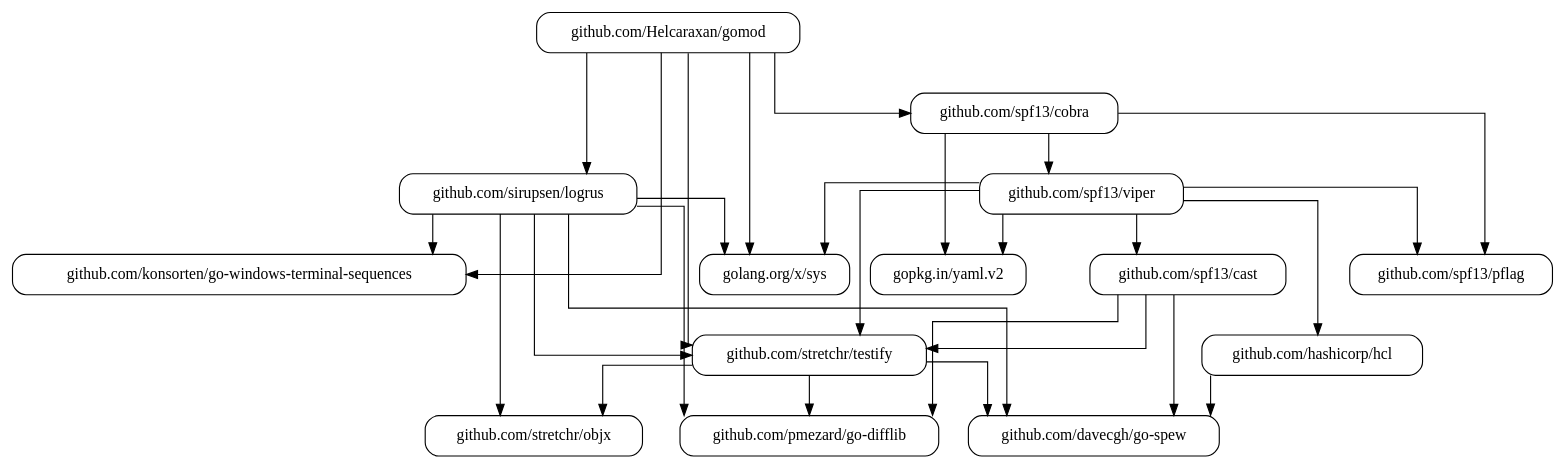
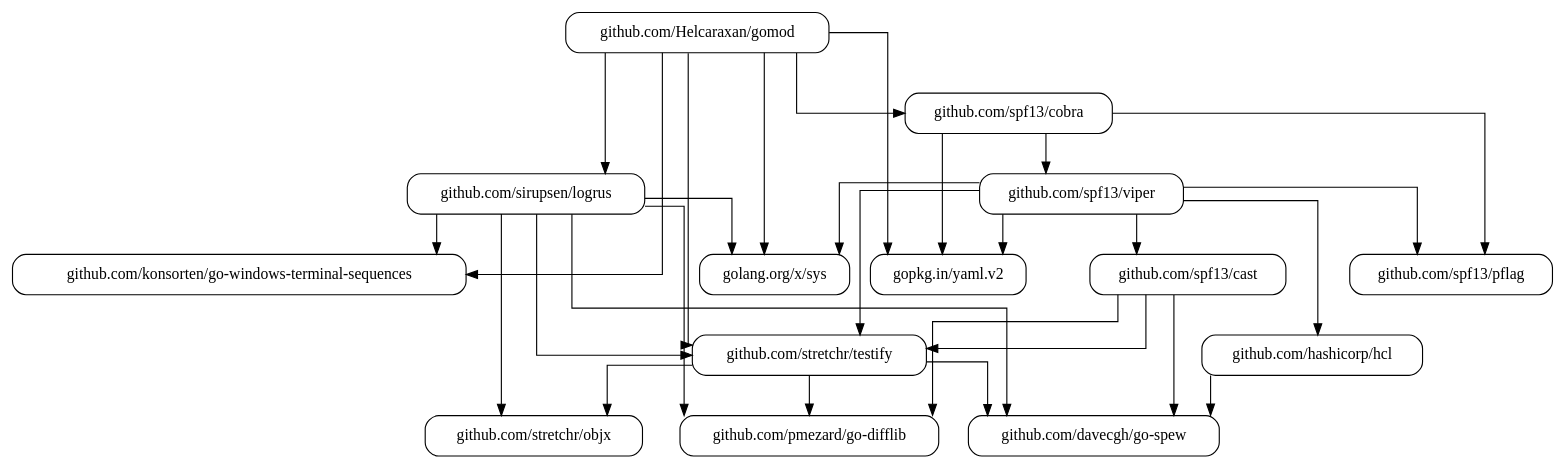
One commit to Helcaraxan/gomod changed the diagram in images/shared-dependencies.dot. Above: the diagram before and after it, drawn with Graphviz. The commit also changed 20 other files, not shown here.

```diff
--- a/images/shared-dependencies.dot
+++ b/images/shared-dependencies.dot
@@ -1,46 +1,47 @@
 strict digraph {
   node [shape=box,style=rounded]
   start=0
   splines=ortho
   "github.com/Helcaraxan/gomod"
   "github.com/stretchr/testify"
   "golang.org/x/sys"
   "github.com/konsorten/go-windows-terminal-sequences"
+  "gopkg.in/yaml.v2"
   "github.com/sirupsen/logrus"
   "github.com/spf13/cobra"
   "github.com/davecgh/go-spew"
   "github.com/pmezard/go-difflib"
   "github.com/stretchr/objx"
   "github.com/spf13/pflag"
-  "gopkg.in/yaml.v2"
   "github.com/spf13/viper"
   "github.com/hashicorp/hcl"
   "github.com/spf13/cast"
   "github.com/Helcaraxan/gomod" -> "github.com/konsorten/go-windows-terminal-sequences" [minlen=2]
   "github.com/Helcaraxan/gomod" -> "github.com/sirupsen/logrus"
   "github.com/Helcaraxan/gomod" -> "github.com/spf13/cobra"
   "github.com/Helcaraxan/gomod" -> "github.com/stretchr/testify" [minlen=3]
   "github.com/Helcaraxan/gomod" -> "golang.org/x/sys" [minlen=3]
+  "github.com/Helcaraxan/gomod" -> "gopkg.in/yaml.v2" [minlen=3]
   "github.com/hashicorp/hcl" -> "github.com/davecgh/go-spew"
   "github.com/sirupsen/logrus" -> "github.com/davecgh/go-spew" [minlen=2]
   "github.com/sirupsen/logrus" -> "github.com/konsorten/go-windows-terminal-sequences"
   "github.com/sirupsen/logrus" -> "github.com/pmezard/go-difflib" [minlen=2]
   "github.com/sirupsen/logrus" -> "github.com/stretchr/objx" [minlen=2]
   "github.com/sirupsen/logrus" -> "github.com/stretchr/testify"
   "github.com/sirupsen/logrus" -> "golang.org/x/sys"
   "github.com/spf13/cast" -> "github.com/davecgh/go-spew" [minlen=2]
   "github.com/spf13/cast" -> "github.com/pmezard/go-difflib" [minlen=2]
   "github.com/spf13/cast" -> "github.com/stretchr/testify"
   "github.com/spf13/cobra" -> "github.com/spf13/pflag" [minlen=2]
   "github.com/spf13/cobra" -> "github.com/spf13/viper"
   "github.com/spf13/cobra" -> "gopkg.in/yaml.v2" [minlen=2]
   "github.com/spf13/viper" -> "github.com/hashicorp/hcl"
   "github.com/spf13/viper" -> "github.com/spf13/cast"
   "github.com/spf13/viper" -> "github.com/spf13/pflag"
   "github.com/spf13/viper" -> "github.com/stretchr/testify" [minlen=2]
   "github.com/spf13/viper" -> "golang.org/x/sys"
   "github.com/spf13/viper" -> "gopkg.in/yaml.v2"
   "github.com/stretchr/testify" -> "github.com/davecgh/go-spew"
   "github.com/stretchr/testify" -> "github.com/pmezard/go-difflib"
   "github.com/stretchr/testify" -> "github.com/stretchr/objx"
 }
```
